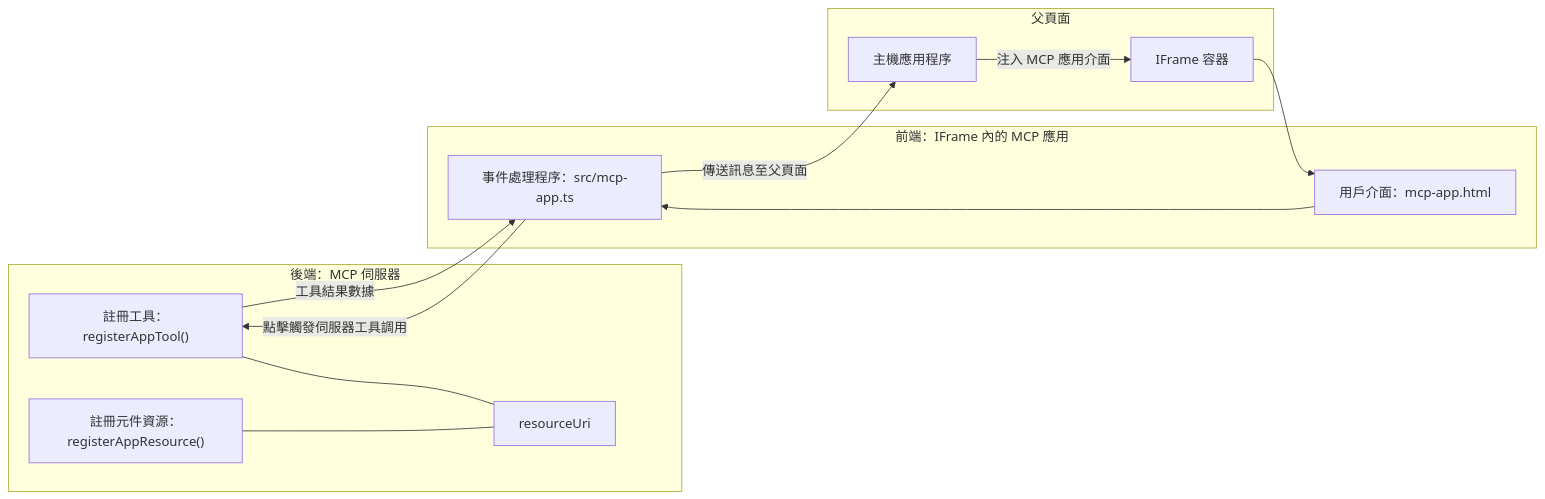
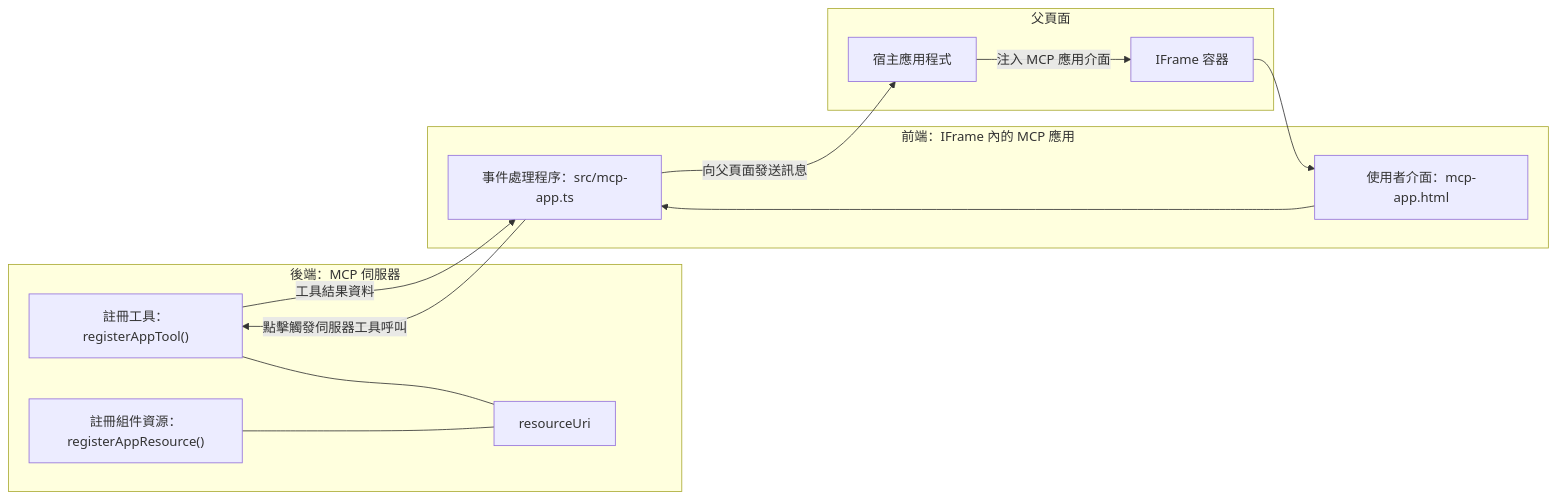
Before and after one commit to HIDORAKAI002/ai-workspace-archive: the diagram in mcp_ecosystem__model_context_protocol/mcp_learning_resources/mcp-for-beginners/translations/zh-HK/03-GettingStarted/15-mcp-apps/README.md, drawn with Mermaid. The commit also changed other lines of this file and 1160 other files, not shown here.

````diff
--- a/mcp_ecosystem__model_context_protocol/mcp_learning_resources/mcp-for-beginners/translations/zh-HK/03-GettingStarted/15-mcp-apps/README.md
+++ b/mcp_ecosystem__model_context_protocol/mcp_learning_resources/mcp-for-beginners/translations/zh-HK/03-GettingStarted/15-mcp-apps/README.md
@@ -32,27 +32,27 @@
 ```mermaid
 flowchart LR
   subgraph Backend[後端：MCP 伺服器]
     T["註冊工具：registerAppTool()"]
-    C["註冊元件資源：registerAppResource()"]
+    C["註冊組件資源：registerAppResource()"]
     U[resourceUri]
     T --- U
     C --- U
   end
 
   subgraph Parent[父頁面]
-    H[主機應用程序]
+    H[宿主應用程式]
     IFRAME[IFrame 容器]
     H -->|注入 MCP 應用介面| IFRAME
   end
 
   subgraph Frontend[前端：IFrame 內的 MCP 應用]
-    UI["用戶介面：mcp-app.html"]
+    UI["使用者介面：mcp-app.html"]
     EH["事件處理程序：src/mcp-app.ts"]
     UI --> EH
   end
 
   IFRAME --> UI
-  EH -->|點擊觸發伺服器工具調用| T
-  T -->|工具結果數據| EH
-  EH -->|傳送訊息至父頁面| H
+  EH -->|點擊觸發伺服器工具呼叫| T
+  T -->|工具結果資料| EH
+  EH -->|向父頁面發送訊息| H
 ```
````
